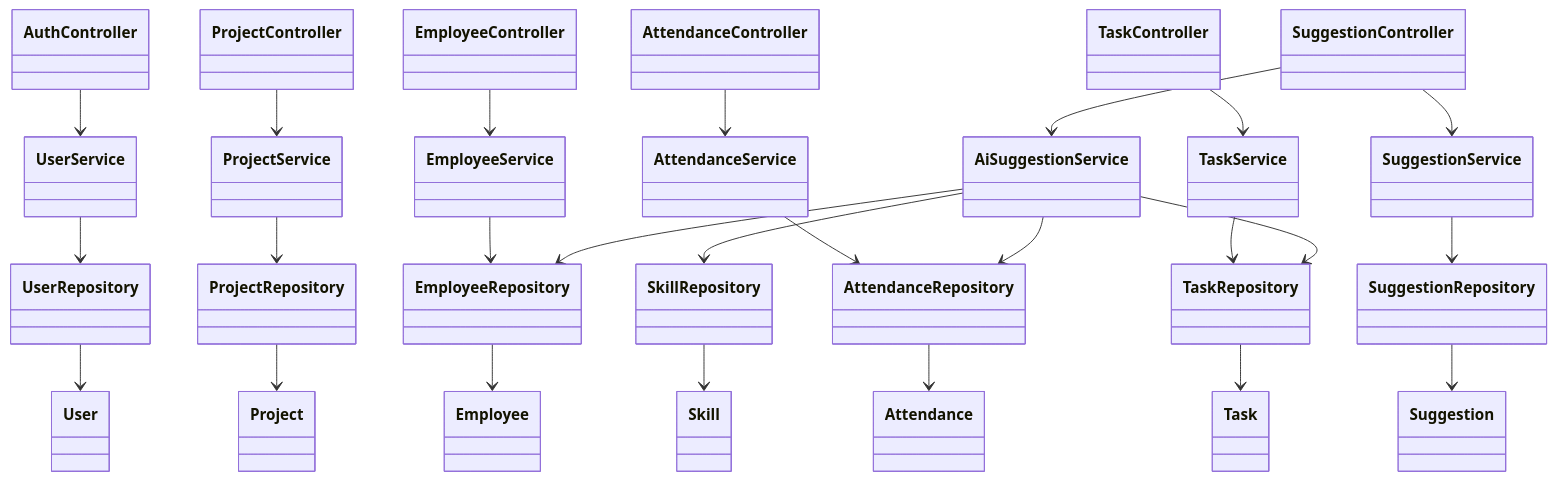
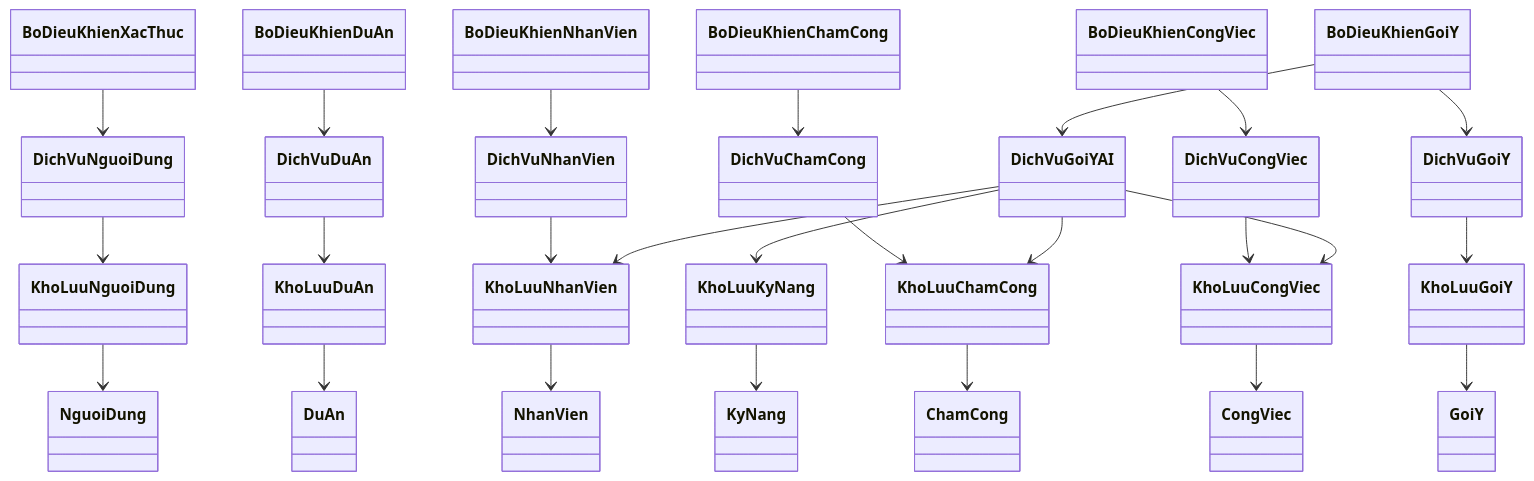
The sixth of 17 diagrams in docs/UML_DIAGRAMS.md (nhathao428/taskhub), drawn with Mermaid before and after one commit. The commit also changed other lines of this file, not shown here.

First line of the commit message:
Cập nhật Class Diagram sang tiếng Việt thuần trong UML_DIAGRAMS.md

````diff
--- a/docs/UML_DIAGRAMS.md
+++ b/docs/UML_DIAGRAMS.md
@@ -177,52 +177,52 @@
 ```mermaid
 classDiagram
-    class AuthController
-    class EmployeeController
-    class ProjectController
-    class TaskController
-    class AttendanceController
-    class SuggestionController
+    class BoDieuKhienXacThuc
+    class BoDieuKhienNhanVien
+    class BoDieuKhienDuAn
+    class BoDieuKhienCongViec
+    class BoDieuKhienChamCong
+    class BoDieuKhienGoiY
 
-    class UserService
-    class EmployeeService
-    class ProjectService
-    class TaskService
-    class AttendanceService
-    class SuggestionService
-    class AiSuggestionService
+    class DichVuNguoiDung
+    class DichVuNhanVien
+    class DichVuDuAn
+    class DichVuCongViec
+    class DichVuChamCong
+    class DichVuGoiY
+    class DichVuGoiYAI
 
-    class UserRepository
-    class EmployeeRepository
-    class ProjectRepository
-    class TaskRepository
-    class AttendanceRepository
-    class SkillRepository
-    class SuggestionRepository
+    class KhoLuuNguoiDung
+    class KhoLuuNhanVien
+    class KhoLuuDuAn
+    class KhoLuuCongViec
+    class KhoLuuChamCong
+    class KhoLuuKyNang
+    class KhoLuuGoiY
 
-    AuthController --> UserService
-    EmployeeController --> EmployeeService
-    ProjectController --> ProjectService
-    TaskController --> TaskService
-    AttendanceController --> AttendanceService
-    SuggestionController --> SuggestionService
-    SuggestionController --> AiSuggestionService
+    BoDieuKhienXacThuc --> DichVuNguoiDung
+    BoDieuKhienNhanVien --> DichVuNhanVien
+    BoDieuKhienDuAn --> DichVuDuAn
+    BoDieuKhienCongViec --> DichVuCongViec
+    BoDieuKhienChamCong --> DichVuChamCong
+    BoDieuKhienGoiY --> DichVuGoiY
+    BoDieuKhienGoiY --> DichVuGoiYAI
 
-    UserService --> UserRepository
-    EmployeeService --> EmployeeRepository
-    ProjectService --> ProjectRepository
-    TaskService --> TaskRepository
-    AttendanceService --> AttendanceRepository
-    SuggestionService --> SuggestionRepository
-    AiSuggestionService --> EmployeeRepository
-    AiSuggestionService --> SkillRepository
-    AiSuggestionService --> TaskRepository
-    AiSuggestionService --> AttendanceRepository
+    DichVuNguoiDung --> KhoLuuNguoiDung
+    DichVuNhanVien --> KhoLuuNhanVien
+    DichVuDuAn --> KhoLuuDuAn
+    DichVuCongViec --> KhoLuuCongViec
+    DichVuChamCong --> KhoLuuChamCong
+    DichVuGoiY --> KhoLuuGoiY
+    DichVuGoiYAI --> KhoLuuNhanVien
+    DichVuGoiYAI --> KhoLuuKyNang
+    DichVuGoiYAI --> KhoLuuCongViec
+    DichVuGoiYAI --> KhoLuuChamCong
 
-    UserRepository --> User
-    EmployeeRepository --> Employee
-    ProjectRepository --> Project
-    TaskRepository --> Task
-    AttendanceRepository --> Attendance
-    SkillRepository --> Skill
-    SuggestionRepository --> Suggestion
+    KhoLuuNguoiDung --> NguoiDung
+    KhoLuuNhanVien --> NhanVien
+    KhoLuuDuAn --> DuAn
+    KhoLuuCongViec --> CongViec
+    KhoLuuChamCong --> ChamCong
+    KhoLuuKyNang --> KyNang
+    KhoLuuGoiY --> GoiY
 ```
````
